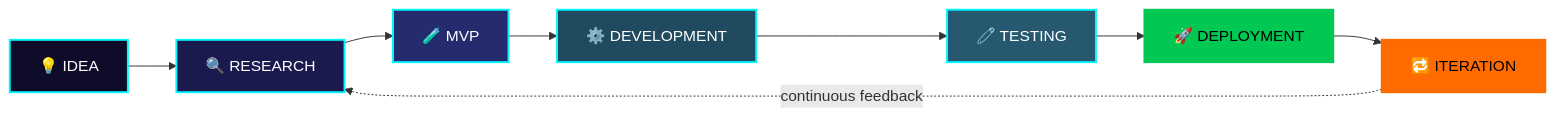
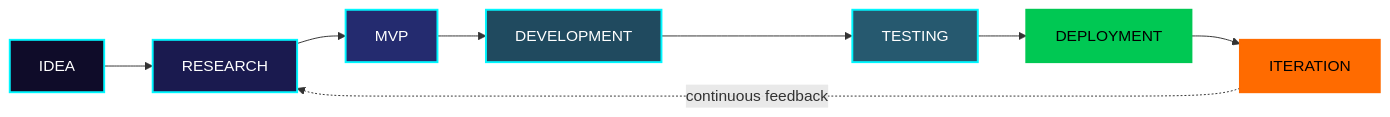
Before and after one commit to mav8stro/mav8stro: the first of 3 diagrams in README.md, drawn with Mermaid. The commit also changed other lines of this file, not shown here.

````diff
--- a/README.md
+++ b/README.md
@@ -64,18 +71,18 @@
 ```mermaid
 flowchart LR
-    A[💡 IDEA] --> B[🔍 RESEARCH]
-    B --> C[🧪 MVP]
-    C --> D[⚙️ DEVELOPMENT]
-    D --> E[🧷 TESTING]
-    E --> F[🚀 DEPLOYMENT]
-    F --> G[🔁 ITERATION]
+    A[IDEA] --> B[RESEARCH]
+    B --> C[MVP]
+    C --> D[DEVELOPMENT]
+    D --> E[TESTING]
+    E --> F[DEPLOYMENT]
+    F --> G[ITERATION]
     G -.continuous feedback.-> B
 
     style A fill:#0F0C29,stroke:#00F7FF,stroke-width:2px,color:#fff
     style B fill:#1a1a4f,stroke:#00F7FF,stroke-width:2px,color:#fff
     style C fill:#242b6f,stroke:#00F7FF,stroke-width:2px,color:#fff
     style D fill:#204a5f,stroke:#00F7FF,stroke-width:2px,color:#fff
     style E fill:#26596f,stroke:#00F7FF,stroke-width:2px,color:#fff
     style F fill:#00C853,stroke:#00C853,stroke-width:2px,color:#000
     style G fill:#FF6B00,stroke:#FF6B00,stroke-width:2px,color:#000
 ```
````
